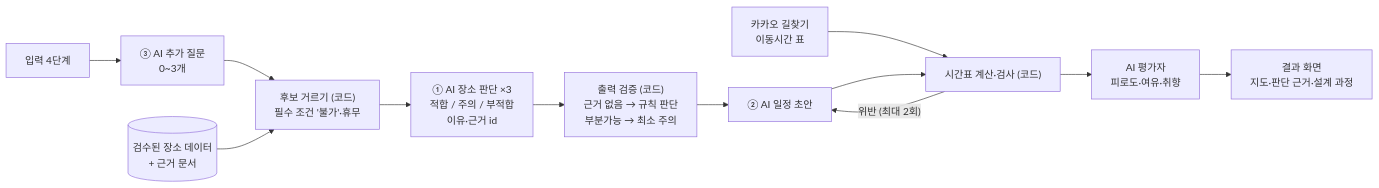
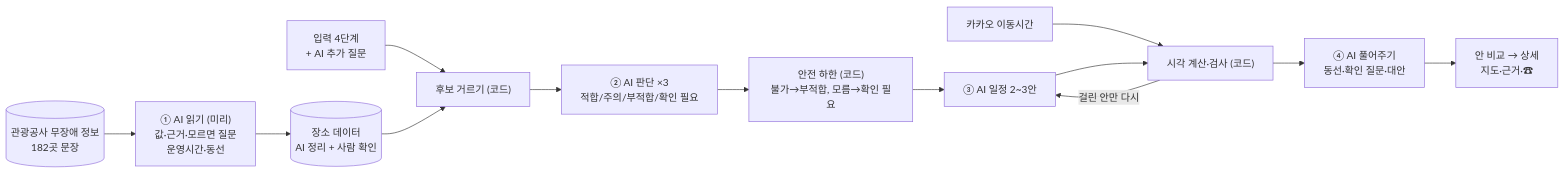
Before and after one commit to ieumgil/ieumgil-ai: the diagram in README.md, drawn with Mermaid. The commit also changed other lines of this file and 5 other files, not shown here.

````diff
--- a/README.md
+++ b/README.md
@@ -50,14 +52,15 @@
 ```mermaid
 flowchart LR
-    A["입력 4단계"] --> Q["③ AI 추가 질문<br/>0~3개"]
-    Q --> F["후보 거르기 (코드)<br/>필수 조건 '불가'·휴무"]
-    D[("검수된 장소 데이터<br/>+ 근거 문서")] --> F
-    F --> J["① AI 장소 판단 ×3<br/>적합 / 주의 / 부적합<br/>이유·근거 id"]
-    J --> G["출력 검증 (코드)<br/>근거 없음 → 규칙 판단<br/>부분가능 → 최소 주의"]
-    G --> P["② AI 일정 초안"]
-    K["카카오 길찾기<br/>이동시간 표"] --> T
-    P --> T["시간표 계산·검사 (코드)"]
-    T -- "위반 (최대 2회)" --> P
-    T --> E["AI 평가자<br/>피로도·여유·취향"]
-    E --> R["결과 화면<br/>지도·판단 근거·설계 과정"]
+    D[("관광공사 무장애 정보<br/>182곳 문장")] --> R1["① AI 읽기 (미리)<br/>값·근거·모르면 질문<br/>운영시간·동선"]
+    R1 --> P[("장소 데이터<br/>AI 정리 + 사람 확인")]
+    A["입력 4단계<br/>+ AI 추가 질문"] --> F["후보 거르기 (코드)"]
+    P --> F
+    F --> J["② AI 판단 ×3<br/>적합/주의/부적합/확인 필요"]
+    J --> G["안전 하한 (코드)<br/>불가→부적합, 모름→확인 필요"]
+    G --> PL["③ AI 일정 2~3안"]
+    K["카카오 이동시간"] --> T
+    PL --> T["시각 계산·검사 (코드)"]
+    T -- "걸린 안만 다시" --> PL
+    T --> X["④ AI 풀어주기<br/>동선·확인 질문·대안"]
+    X --> S["안 비교 → 상세<br/>지도·근거·☎"]
 ```
````
